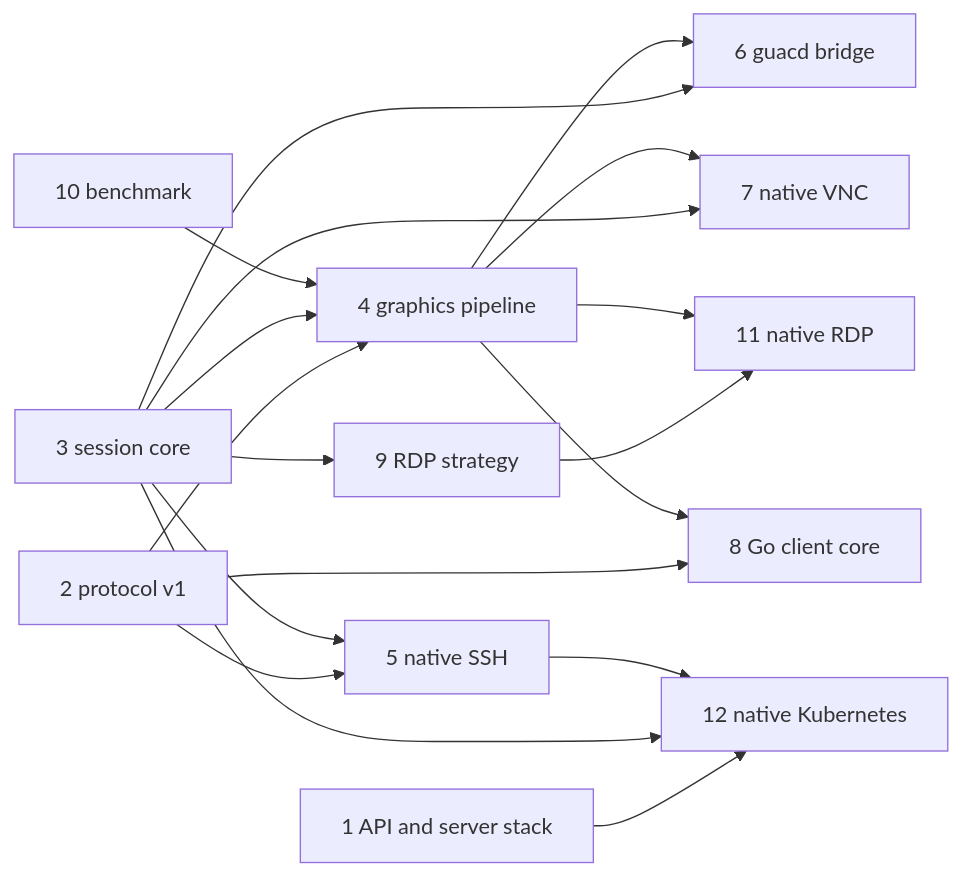
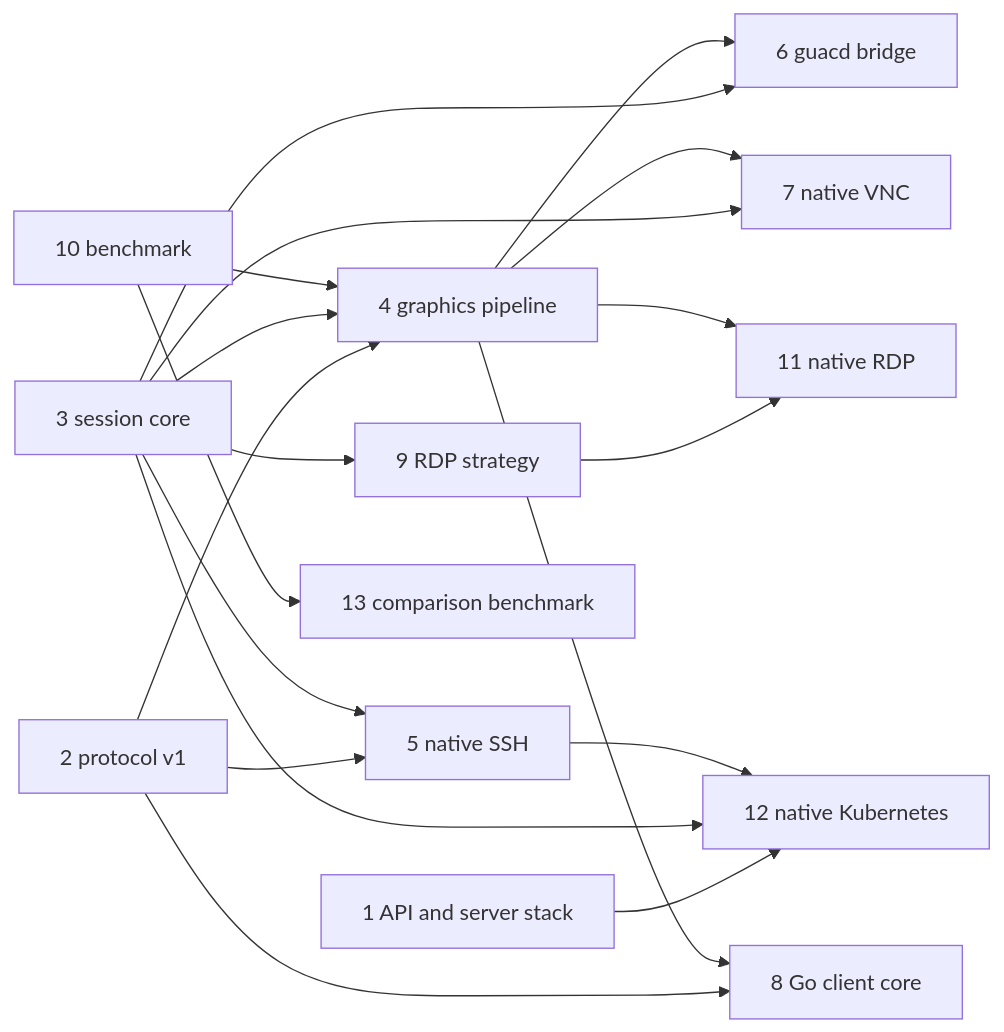
The second of 2 diagrams in specs/008-native-architecture.md (changkun/occamy), drawn with Mermaid before and after one commit. The commit also changed other lines of this file and 2 other files, not shown here.

Commit message:
specs: add the comparison benchmark's design and analysis plan

````diff
--- a/specs/008-native-architecture.md
+++ b/specs/008-native-architecture.md
@@ -315,20 +316,21 @@
 ```mermaid
 graph LR
   P[2 protocol v1] --> G[4 graphics pipeline]
   S[3 session core] --> G
   P --> SSH[5 native SSH]
   S --> SSH
   S --> B[6 guacd bridge]
   G --> B
   S --> VNC[7 native VNC]
   G --> VNC
   P --> CC[8 Go client core]
   G --> CC
   S --> RDP[9 RDP strategy]
   RDP --> NRDP[11 native RDP]
   G --> NRDP
   BM[10 benchmark] --> G
   A[1 API and server stack] --> K8S[12 native Kubernetes]
   S --> K8S
   SSH --> K8S
+  BM --> CMP[13 comparison benchmark]
 ```
````
